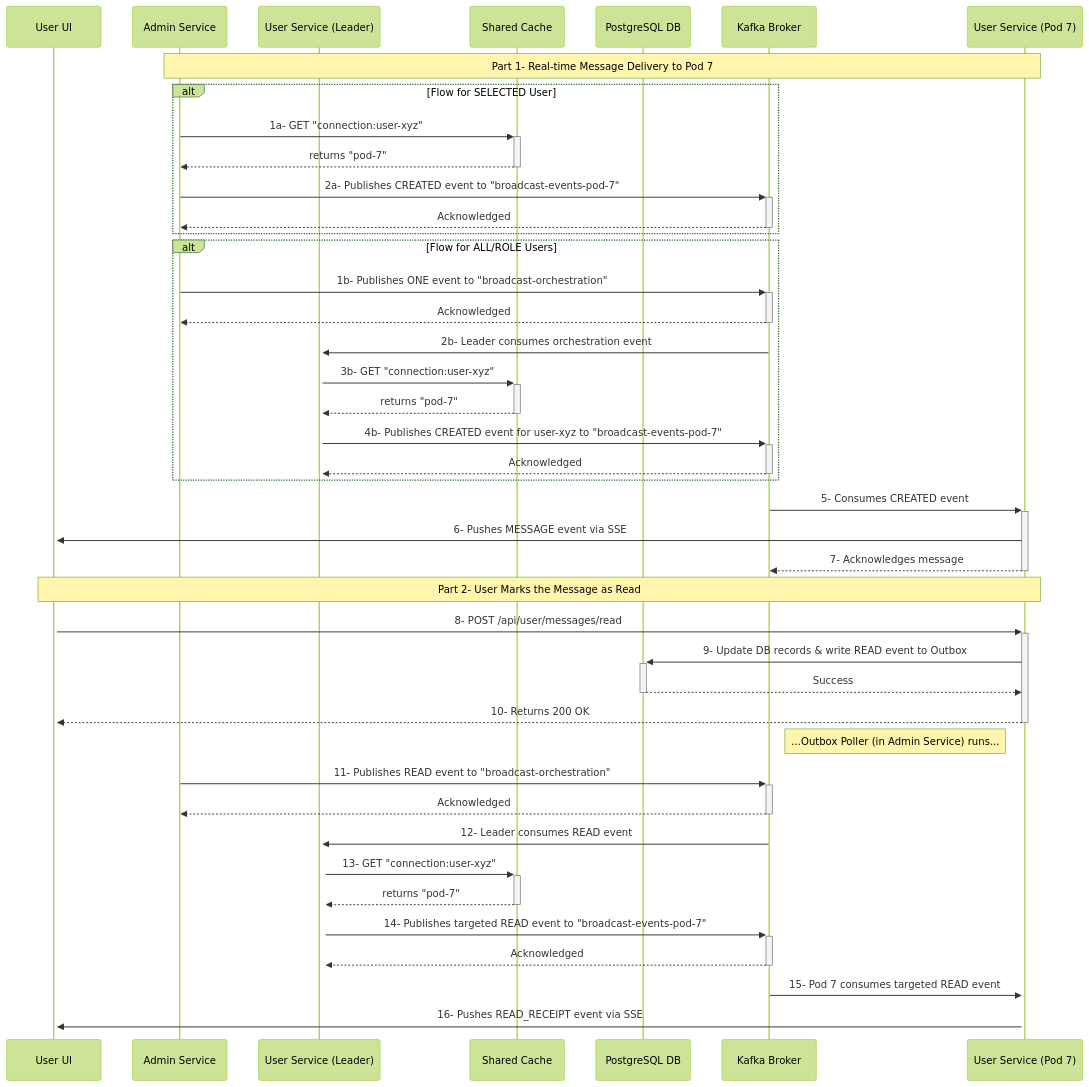
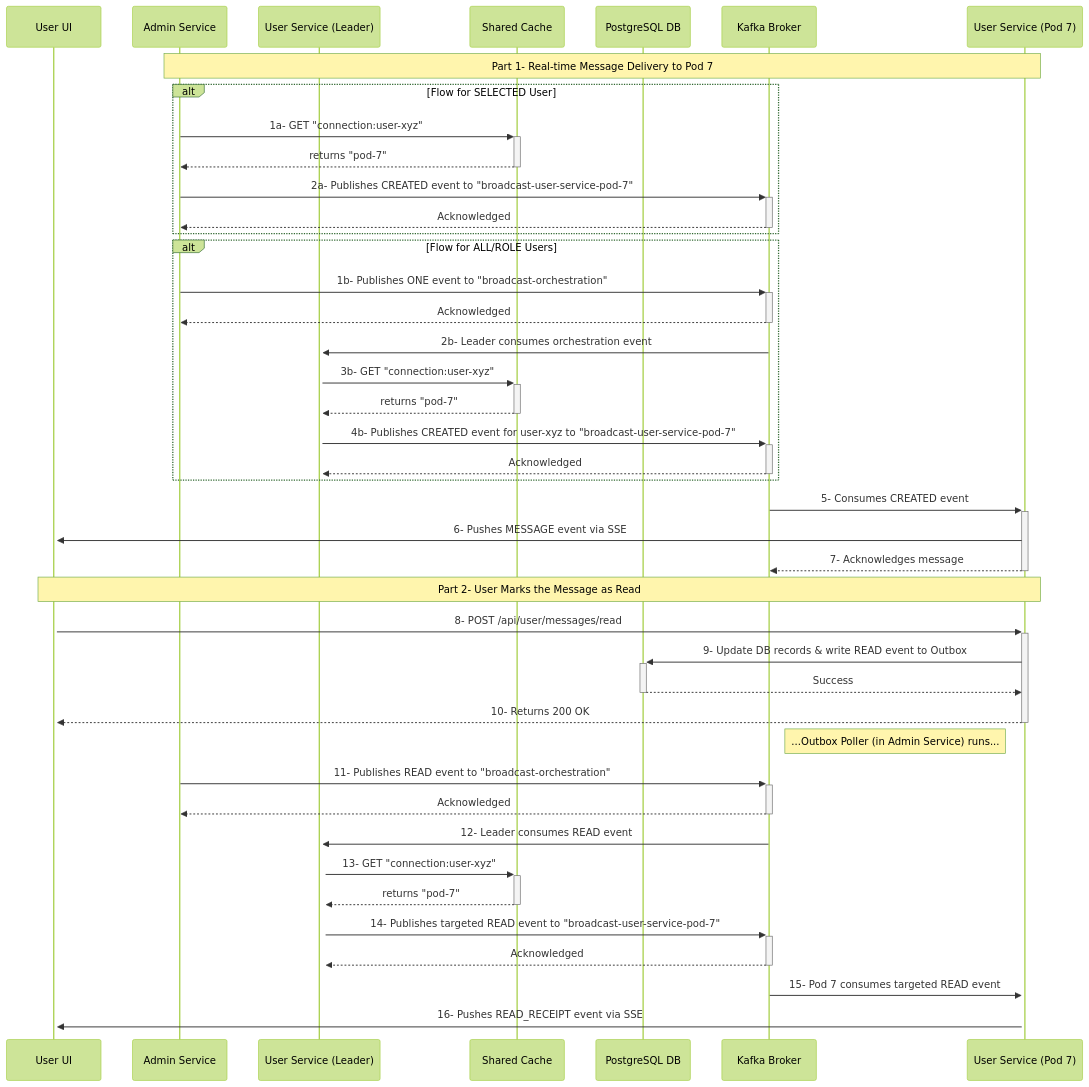
The diagram in MermaidDiagrams/seq-topic-per-consumer(pod)-online.mmd (rsrini7/Notification-SSE-GLM-Flux), drawn with Mermaid (forest theme) before and after one commit. The commit also changed 20 other files, not shown here.

First line of the commit message:
refactor(kafka): rename broadcast-events to broadcast-user-service for clarity

```diff
--- a/MermaidDiagrams/seq-topic-per-consumer(pod)-online.mmd
+++ b/MermaidDiagrams/seq-topic-per-consumer(pod)-online.mmd
@@ -1,52 +1,52 @@
 sequenceDiagram
     participant UserUI as User UI
     participant AdminSvc as Admin Service
     participant Orchestrator as User Service (Leader)
     participant SharedCache as Shared Cache
     participant DB as PostgreSQL DB
     participant Kafka as Kafka Broker
     participant Pod7 as User Service (Pod 7)
 
     Note over AdminSvc, Pod7: Part 1- Real-time Message Delivery to Pod 7
     
     alt Flow for SELECTED User
         AdminSvc->>+SharedCache: 1a- GET "connection:user-xyz"
         SharedCache-->>-AdminSvc: returns "pod-7"
-        AdminSvc->>+Kafka: 2a- Publishes CREATED event to "broadcast-events-pod-7"
+        AdminSvc->>+Kafka: 2a- Publishes CREATED event to "broadcast-user-service-pod-7"
         Kafka-->>-AdminSvc: Acknowledged
     end
     
     alt Flow for ALL/ROLE Users
         AdminSvc->>+Kafka: 1b- Publishes ONE event to "broadcast-orchestration"
         Kafka-->>-AdminSvc: Acknowledged
         Kafka->>+Orchestrator: 2b- Leader consumes orchestration event
         Orchestrator->>+SharedCache: 3b- GET "connection:user-xyz"
         SharedCache-->>-Orchestrator: returns "pod-7"
-        Orchestrator->>+Kafka: 4b- Publishes CREATED event for user-xyz to "broadcast-events-pod-7"
+        Orchestrator->>+Kafka: 4b- Publishes CREATED event for user-xyz to "broadcast-user-service-pod-7"
         Kafka-->>-Orchestrator: Acknowledged
     end
     
     Kafka->>+Pod7: 5- Consumes CREATED event
     Pod7->>+UserUI: 6- Pushes MESSAGE event via SSE
     Pod7-->>-Kafka: 7- Acknowledges message
 
     Note over UserUI, Pod7: Part 2- User Marks the Message as Read
 
     UserUI->>+Pod7: 8- POST /api/user/messages/read
     Pod7->>+DB: 9- Update DB records & write READ event to Outbox
     DB-->>-Pod7: Success
     Pod7-->>-UserUI: 10- Returns 200 OK
 
     Note right of Kafka: ...Outbox Poller (in Admin Service) runs...
 
     AdminSvc->>+Kafka: 11- Publishes READ event to "broadcast-orchestration"
     Kafka-->>-AdminSvc: Acknowledged
 
     Kafka->>+Orchestrator: 12- Leader consumes READ event
     Orchestrator->>+SharedCache: 13- GET "connection:user-xyz"
     SharedCache-->>-Orchestrator: returns "pod-7"
-    Orchestrator->>+Kafka: 14- Publishes targeted READ event to "broadcast-events-pod-7"
+    Orchestrator->>+Kafka: 14- Publishes targeted READ event to "broadcast-user-service-pod-7"
     Kafka-->>-Orchestrator: Acknowledged
 
     Kafka->>+Pod7: 15- Pod 7 consumes targeted READ event
     Pod7->>+UserUI: 16- Pushes READ_RECEIPT event via SSE
```
